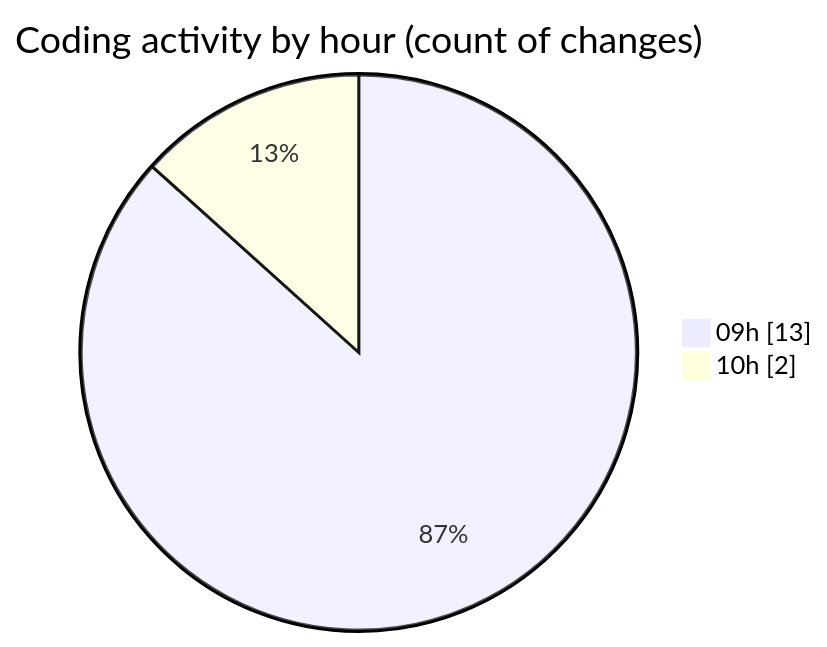
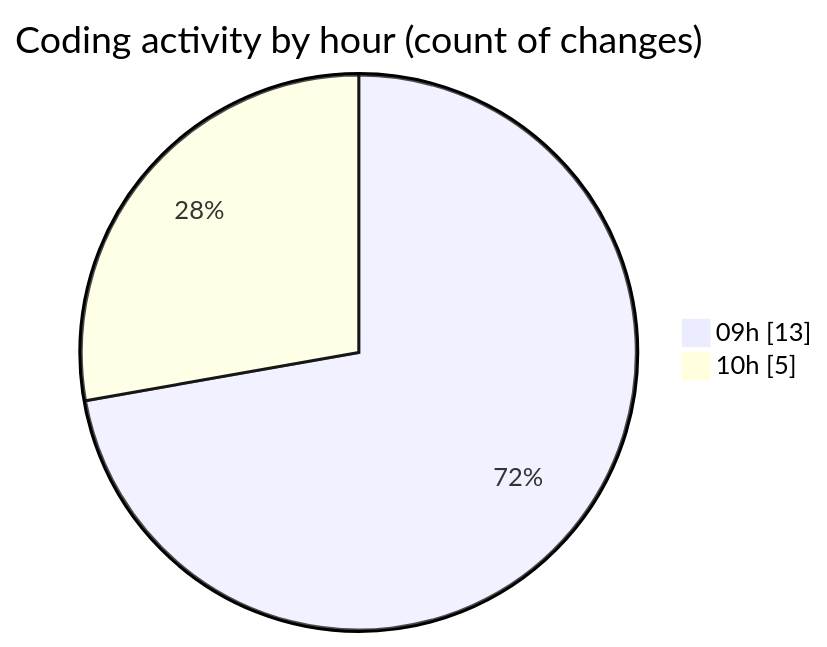
The second of 2 diagrams in 2025-11-10/cdp_aleoudev_fr__workspace_/README.md (julien-gomy/code-tracking), drawn with Mermaid before and after one commit. The commit also changed other lines of this file and 1 other file, not shown here.

````diff
--- a/2025-11-10/cdp_aleoudev_fr__workspace_/README.md
+++ b/2025-11-10/cdp_aleoudev_fr__workspace_/README.md
@@ -40,6 +40,6 @@
 ```mermaid
 pie showData
 title Coding activity by hour (count of changes)
 "09h" : 13
-"10h" : 2
+"10h" : 5
 ```
````
